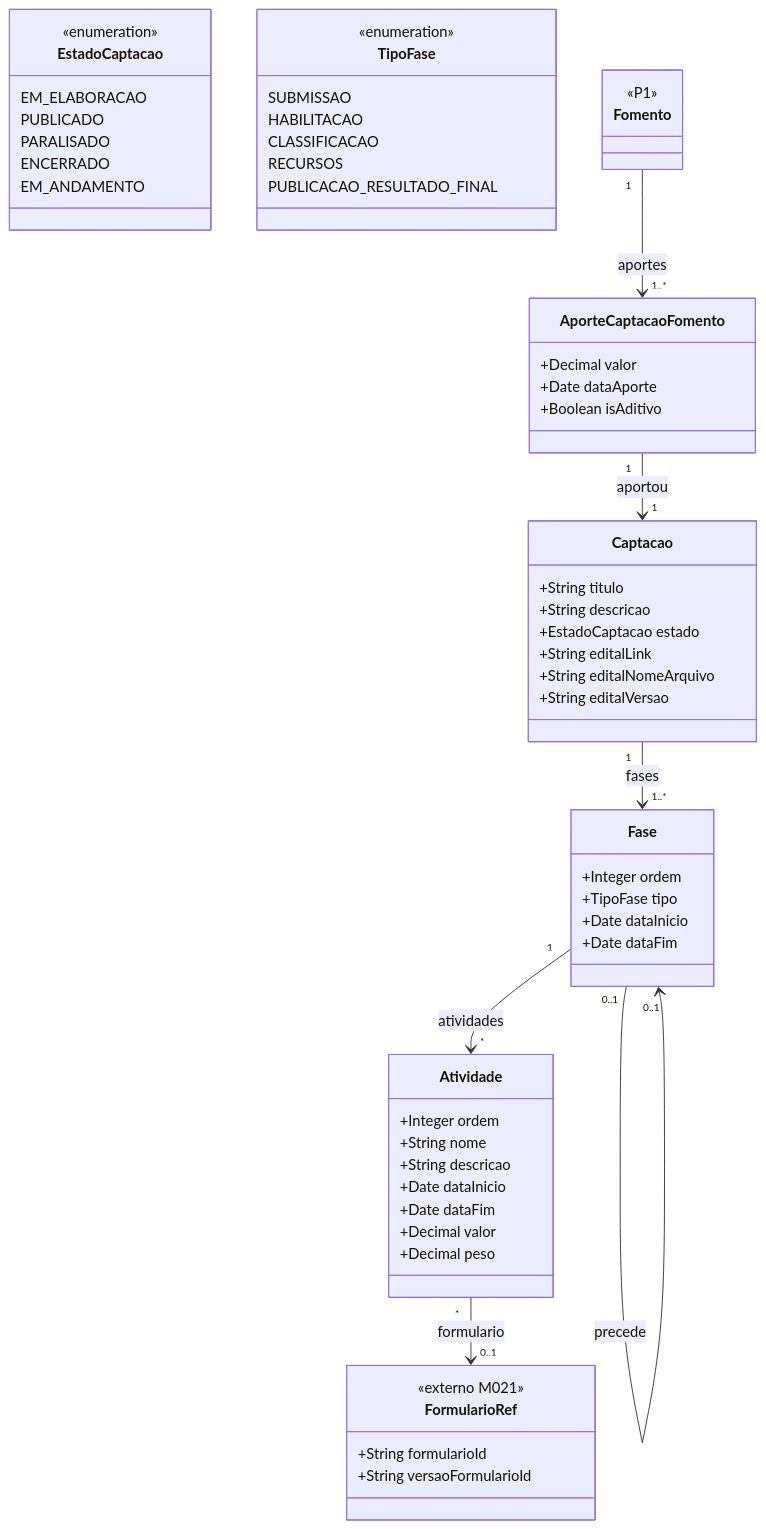
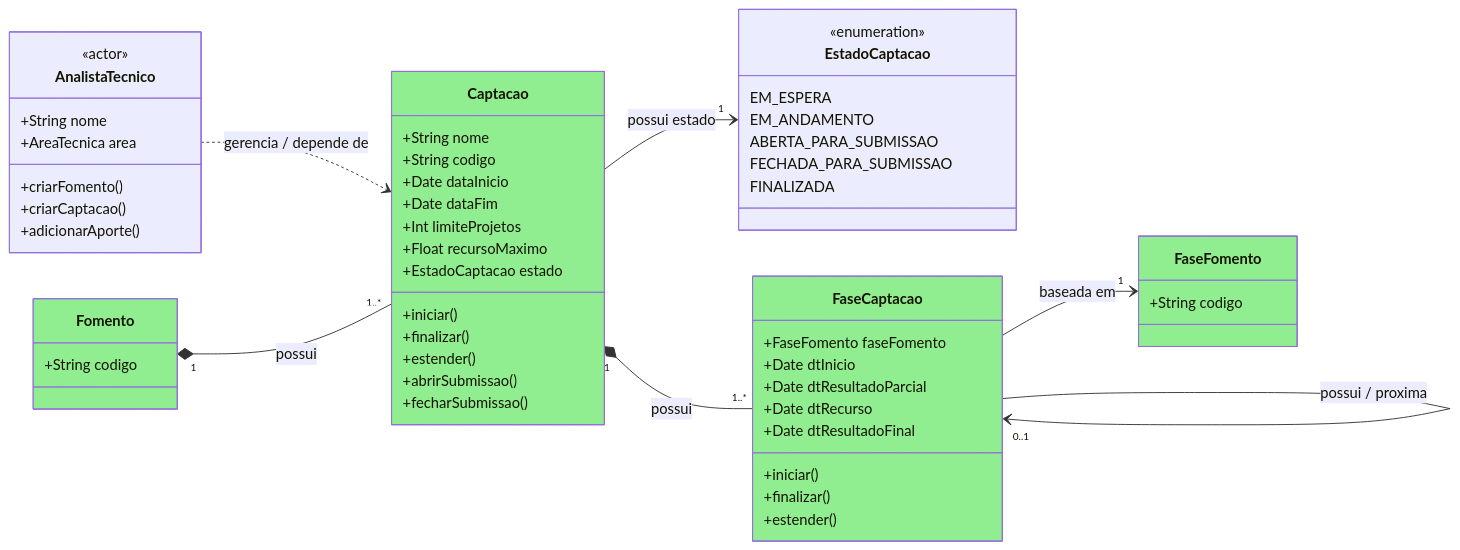
Before and after one commit to Czzped/conecta-fapes-teste: the first of 3 diagrams in docs/implementation/modules/M011-configuracao-captacao/modelo-estrutural/modelo-estrutural-p2-configuracao-selecao.md, drawn with Mermaid. The commit also changed other lines of this file and 2 other files, not shown here.

````diff
--- a/docs/implementation/modules/M011-configuracao-captacao/modelo-estrutural/modelo-estrutural-p2-configuracao-selecao.md
+++ b/docs/implementation/modules/M011-configuracao-captacao/modelo-estrutural/modelo-estrutural-p2-configuracao-selecao.md
@@ -9,72 +9,71 @@
 ```mermaid
 classDiagram
-    direction TB
+    direction LR
+
+    class AnalistaTecnico {
+        <<actor>>
+        +String nome
+        +AreaTecnica area
+        +criarFomento()
+        +criarCaptacao()
+        +adicionarAporte()
+    }
+
+    class Fomento {
+        +String codigo
+    }
 
     class Captacao {
-        +String titulo
-        +String descricao
+        +String nome
+        +String codigo
+        +Date dataInicio
+        +Date dataFim
+        +Int limiteProjetos
+        +Float recursoMaximo
         +EstadoCaptacao estado
-        +String editalLink
-        +String editalNomeArquivo
-        +String editalVersao
+        +iniciar()
+        +finalizar()
+        +estender()
+        +abrirSubmissao()
+        +fecharSubmissao()
     }
 
     class EstadoCaptacao {
         <<enumeration>>
-        EM_ELABORACAO
-        PUBLICADO
-        PARALISADO
-        ENCERRADO
+        EM_ESPERA
         EM_ANDAMENTO
+        ABERTA_PARA_SUBMISSAO
+        FECHADA_PARA_SUBMISSAO
+        FINALIZADA
     }
 
-    class Fase {
-        +Integer ordem
-        +TipoFase tipo
-        +Date dataInicio
-        +Date dataFim
+    class FaseCaptacao {
+        +FaseFomento faseFomento
+        +Date dtInicio
+        +Date dtResultadoParcial
+        +Date dtRecurso
+        +Date dtResultadoFinal
+        +iniciar()
+        +finalizar()
+        +estender()
     }
 
-    class Atividade {
-        +Integer ordem
-        +String nome
-        +String descricao
-        +Date dataInicio
-        +Date dataFim
-        +Decimal valor
-        +Decimal peso
+    class FaseFomento {
+        +String codigo
     }
 
-    class FormularioRef {
-        <<externo M021>>
-        +String formularioId
-        +String versaoFormularioId
-    }
+    %% Relacionamentos da Captação
+    AnalistaTecnico ..> Captacao : gerencia / depende de
+    Fomento "1" *-- "1..*" Captacao : possui
+    Captacao --> "1" EstadoCaptacao : possui estado
+    Captacao "1" *-- "1..*" FaseCaptacao : possui
 
-    class TipoFase {
-        <<enumeration>>
-        SUBMISSAO
-        HABILITACAO
-        CLASSIFICACAO
-        RECURSOS
-        PUBLICACAO_RESULTADO_FINAL
-    }
+    FaseCaptacao --> "1" FaseFomento : baseada em
+    FaseCaptacao --> "0..1" FaseCaptacao : possui / proxima
 
-    class AporteCaptacaoFomento {
-        +Decimal valor
-        +Date dataAporte
-        +Boolean isAditivo
-    }
-
-    class Fomento {
-        <<P1>>
-    }
-
-    Captacao "1" --> "1..*" Fase : fases
-    Fase "1" --> "*" Atividade : atividades
-    Atividade "*" --> "0..1" FormularioRef : formulario
-    Fase "0..1" --> "0..1" Fase : precede
-
-    Fomento "1" --> "1..*" AporteCaptacaoFomento : aportes
-    AporteCaptacaoFomento "1" --> "1" Captacao : aportou
+    %% Estilização Simplificada
+    style Fomento fill:lightgreen
+    style Captacao fill:lightgreen
+    style FaseCaptacao fill:lightgreen
+    style FaseFomento fill:lightgreen
 ```
````
